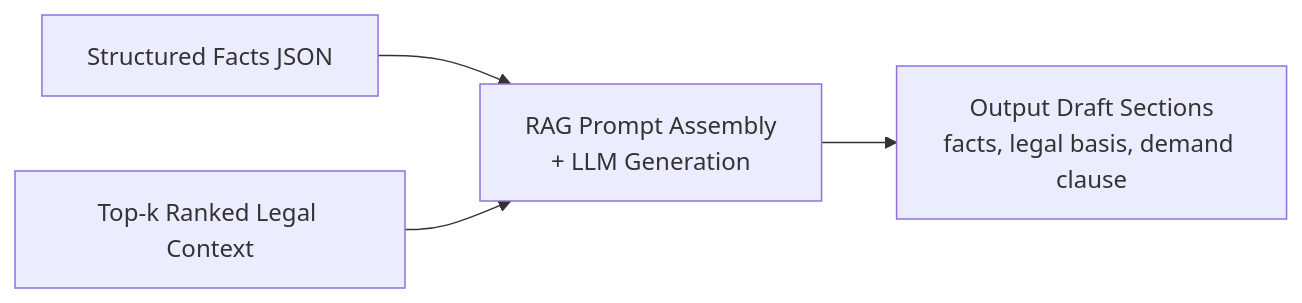
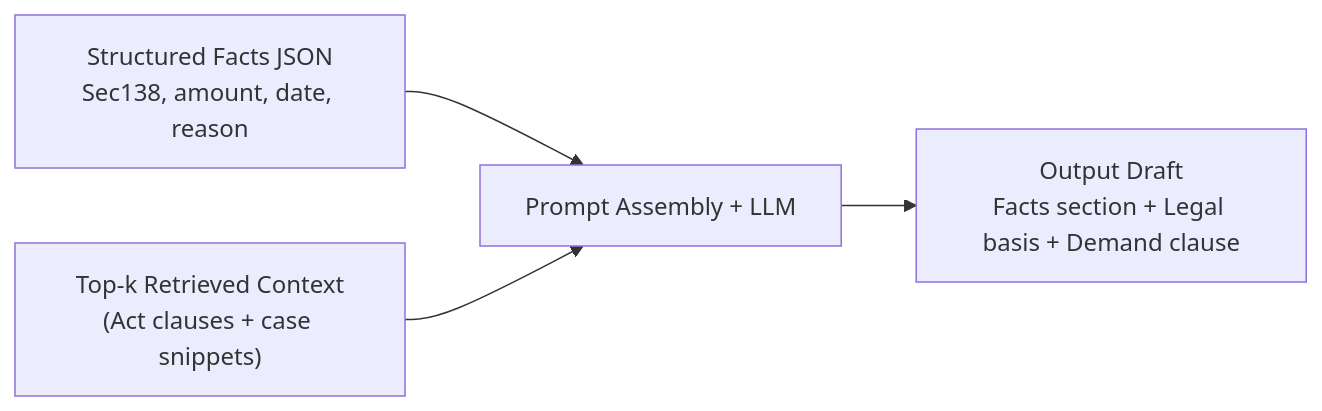
Before and after one commit to delisha02/droitdraft: the seventh of 8 diagrams in docs/implementation.md, drawn with Mermaid. The commit also changed other lines of this file, not shown here.

````diff
--- a/docs/implementation.md
+++ b/docs/implementation.md
@@ -150,8 +156,9 @@
 ```mermaid
 flowchart LR
-    F["Structured Facts JSON"] --> RAG["RAG Prompt Assembly
-+ LLM Generation"]
-    CTX["Top-k Ranked Legal Context"] --> RAG
-    RAG --> OUT["Output Draft Sections
-facts, legal basis, demand clause"]
+    F["Structured Facts JSON
+Sec138, amount, date, reason"] --> RAG["Prompt Assembly + LLM"]
+    CTX["Top-k Retrieved Context
+(Act clauses + case snippets)"] --> RAG
+    RAG --> OUT["Output Draft
+Facts section + Legal basis + Demand clause"]
 ```
````
